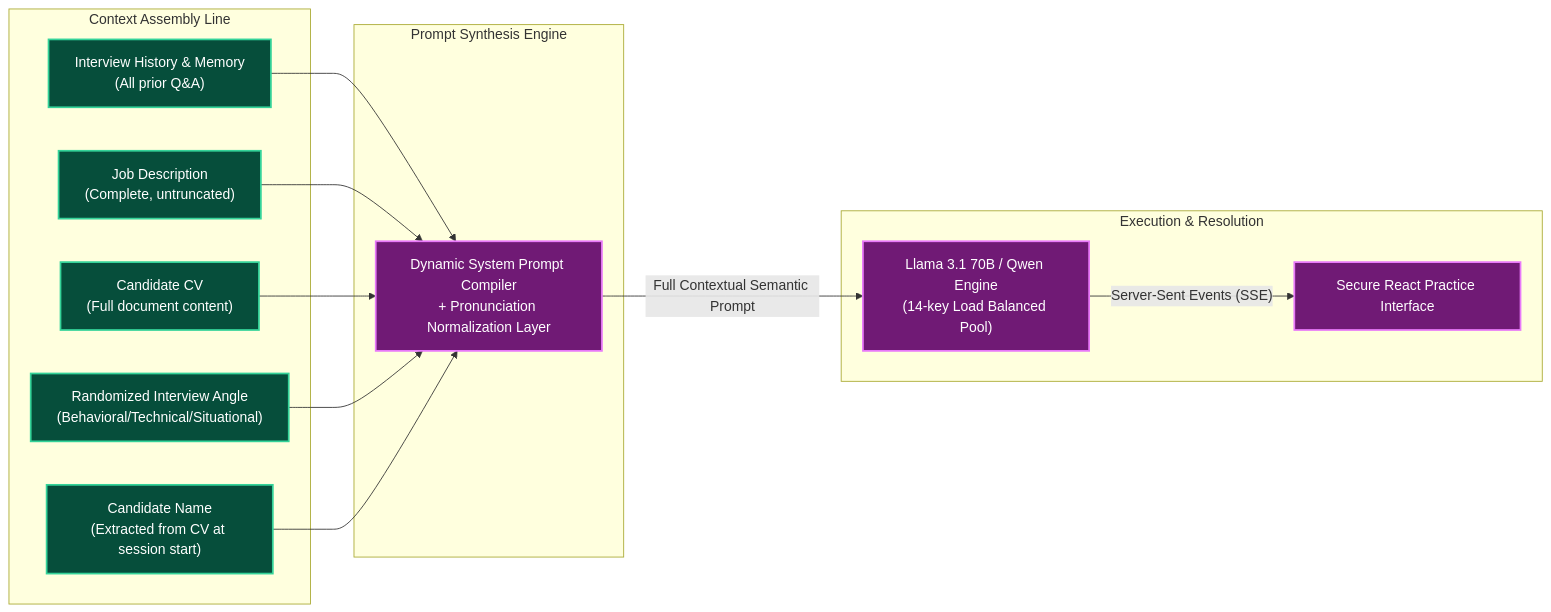
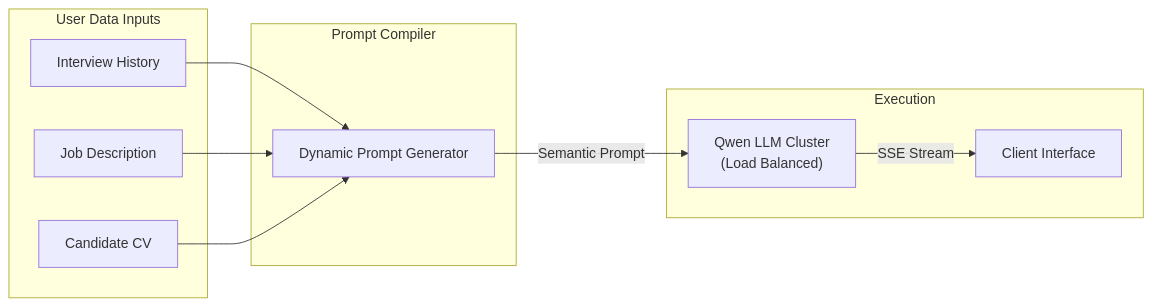
One commit to ziademad02153/ZEDX-AI-Assistant changed the third of 4 diagrams in README.md. Above: the diagram before and after it, drawn with Mermaid. The commit also changed other lines of this file and 1 other file, not shown here.

````diff
--- a/README.md
+++ b/README.md
@@ -196,32 +90,21 @@
 ```mermaid
 graph LR
-    subgraph ContextAssemblyLine ["Context Assembly Line"]
-        HISTORY["Interview History & Memory\n(All prior Q&A)"]
-        JD["Job Description\n(Complete, untruncated)"]
-        RESUME["Candidate CV\n(Full document content)"]
-        ANGLE["Randomized Interview Angle\n(Behavioral/Technical/Situational)"]
-        NAME["Candidate Name\n(Extracted from CV at session start)"]
+    subgraph DataInputs ["User Data Inputs"]
+        HISTORY["Interview History"]
+        JD["Job Description"]
+        RESUME["Candidate CV"]
     end
 
-    subgraph PromptSynthesisEngine ["Prompt Synthesis Engine"]
-        COMPILER["Dynamic System Prompt Compiler\n+ Pronunciation Normalization Layer"]
+    subgraph AI_Compiler ["Prompt Compiler"]
+        COMPILER["Dynamic Prompt Generator"]
         HISTORY --> COMPILER
         JD --> COMPILER
         RESUME --> COMPILER
-        ANGLE --> COMPILER
-        NAME --> COMPILER
     end
 
-    subgraph ExecutionResolution ["Execution & Resolution"]
-        LLAMA["Llama 3.1 70B / Qwen Engine\n(14-key Load Balanced Pool)"]
-        UI["Secure React Practice Interface"]
-        COMPILER -- "Full Contextual Semantic Prompt" --> LLAMA
-        LLAMA -- "Server-Sent Events (SSE)" --> UI
+    subgraph Execution ["Execution"]
+        LLM["Qwen LLM Cluster\n(Load Balanced)"]
+        COMPILER -- "Semantic Prompt" --> LLM
+        LLM -- "SSE Stream" --> UI["Client Interface"]
     end
-    
-    classDef data fill:#064e3b,stroke:#34d399,stroke-width:2px,color:#fff;
-    classDef engine fill:#701a75,stroke:#e879f9,stroke-width:2px,color:#fff;
-    
-    class HISTORY,JD,RESUME,ANGLE,NAME data;
-    class COMPILER,LLAMA,UI engine;
 ```
````
